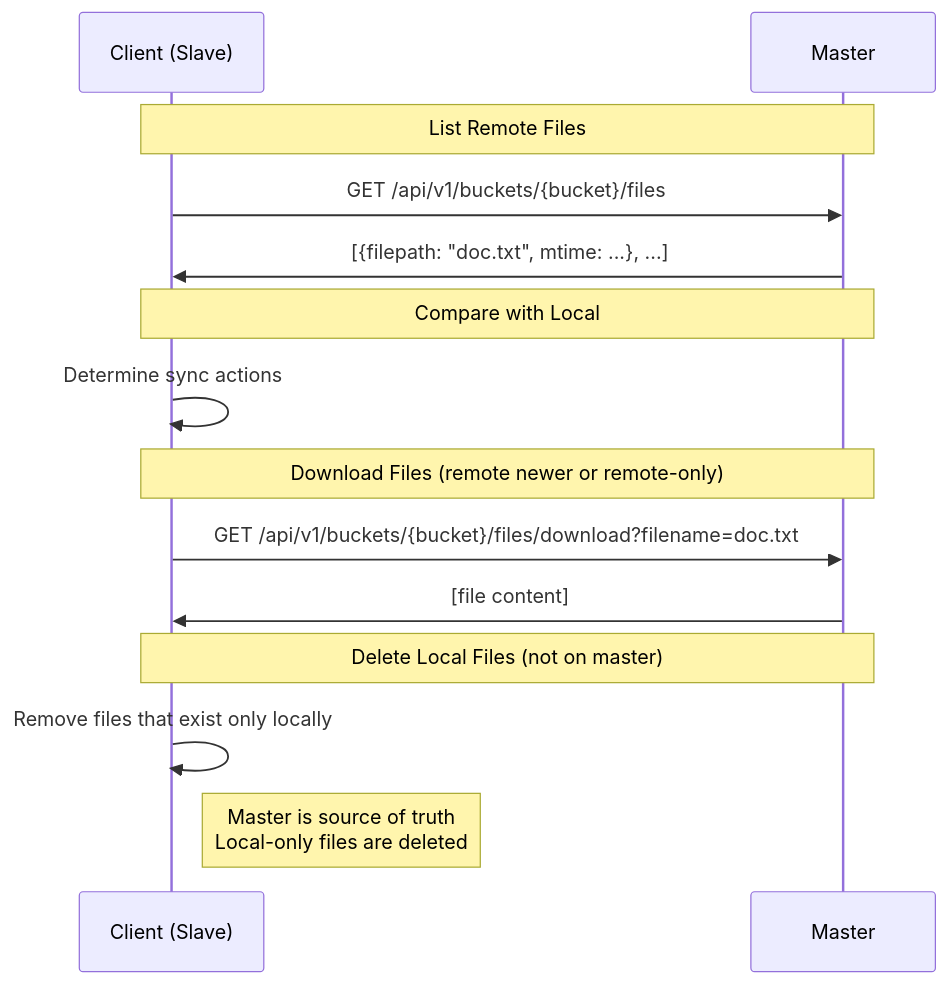
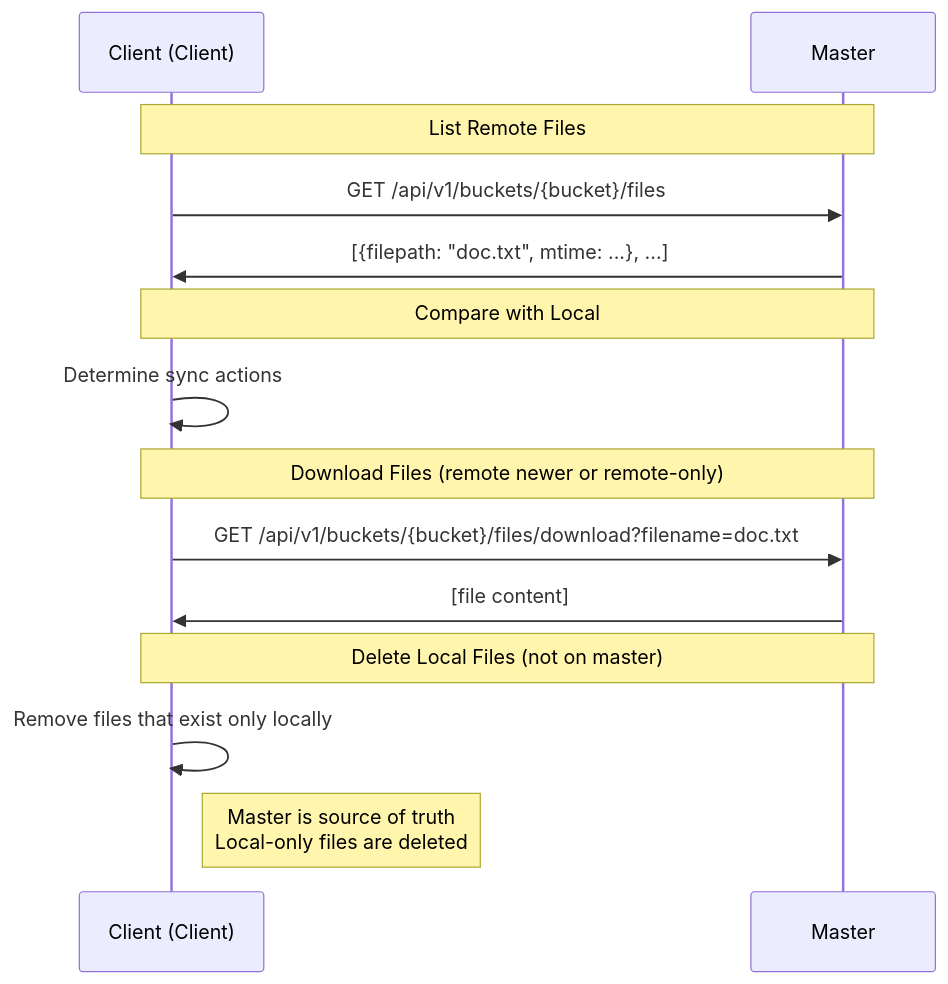
The fourth of 7 diagrams in docs/lan-mode.md (albertsdk/hsync-client), drawn with Mermaid before and after one commit. The commit also changed other lines of this file and 12 other files, not shown here.

Commit message:
Refactor terminology: user-friendly GUI terms, slave->client

````diff
--- a/docs/lan-mode.md
+++ b/docs/lan-mode.md
@@ -132,20 +132,20 @@
 ```mermaid
 sequenceDiagram
-    participant C as Client (Slave)
+    participant C as Client (Client)
     participant M as Master
 
     Note over C,M: List Remote Files
     C->>M: GET /api/v1/buckets/{bucket}/files
     M->>C: [{filepath: "doc.txt", mtime: ...}, ...]
 
     Note over C,M: Compare with Local
     C->>C: Determine sync actions
 
     Note over C,M: Download Files (remote newer or remote-only)
     C->>M: GET /api/v1/buckets/{bucket}/files/download?filename=doc.txt
     M->>C: [file content]
 
     Note over C,M: Delete Local Files (not on master)
     C->>C: Remove files that exist only locally
     Note right of C: Master is source of truth<br/>Local-only files are deleted
 ```
````
